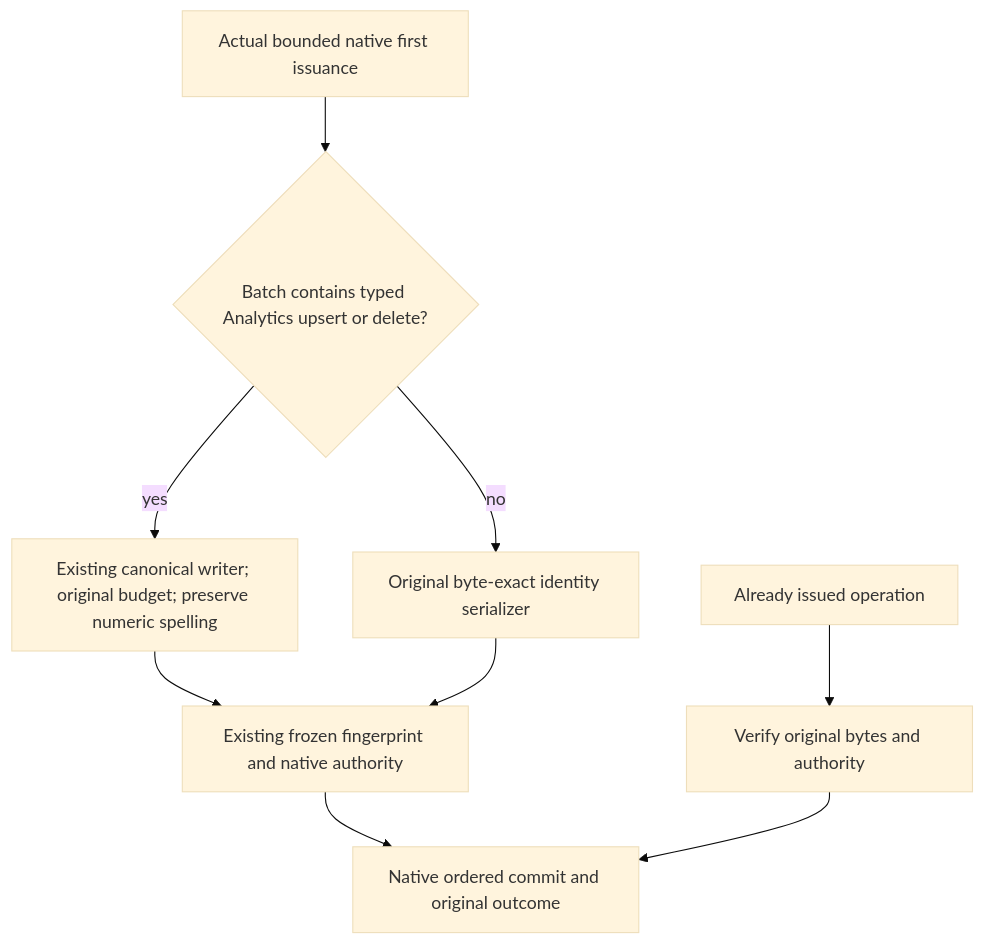
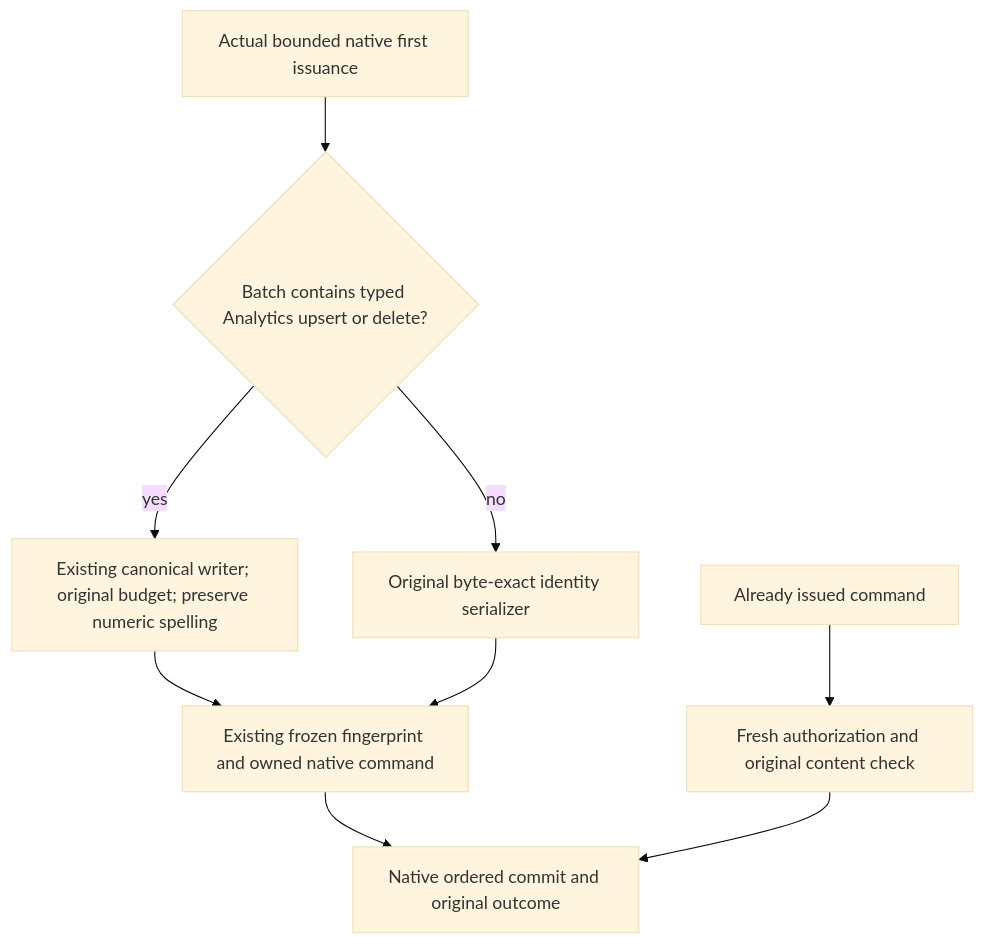
Before and after one commit to managedcode/KeyLoad: the diagram in docs/ADR/ADR-140-new-analytics-command-identity.md, drawn with Mermaid (base theme). The commit also changed other lines of this file and 27 other files, not shown here.

````diff
--- a/docs/ADR/ADR-140-new-analytics-command-identity.md
+++ b/docs/ADR/ADR-140-new-analytics-command-identity.md
@@ -23,11 +23,11 @@
 ```mermaid
 flowchart TD
     A[Actual bounded native first issuance] --> B{Batch contains typed Analytics upsert or delete?}
     B -->|yes| C[Existing canonical writer; original budget; preserve numeric spelling]
     B -->|no| D[Original byte-exact identity serializer]
-    C --> E[Existing frozen fingerprint and native authority]
+    C --> E[Existing frozen fingerprint and owned native command]
     D --> E
     E --> F[Native ordered commit and original outcome]
-    G[Already issued operation] --> H[Verify original bytes and authority]
+    G[Already issued command] --> H[Fresh authorization and original content check]
     H --> F
 ```
````
